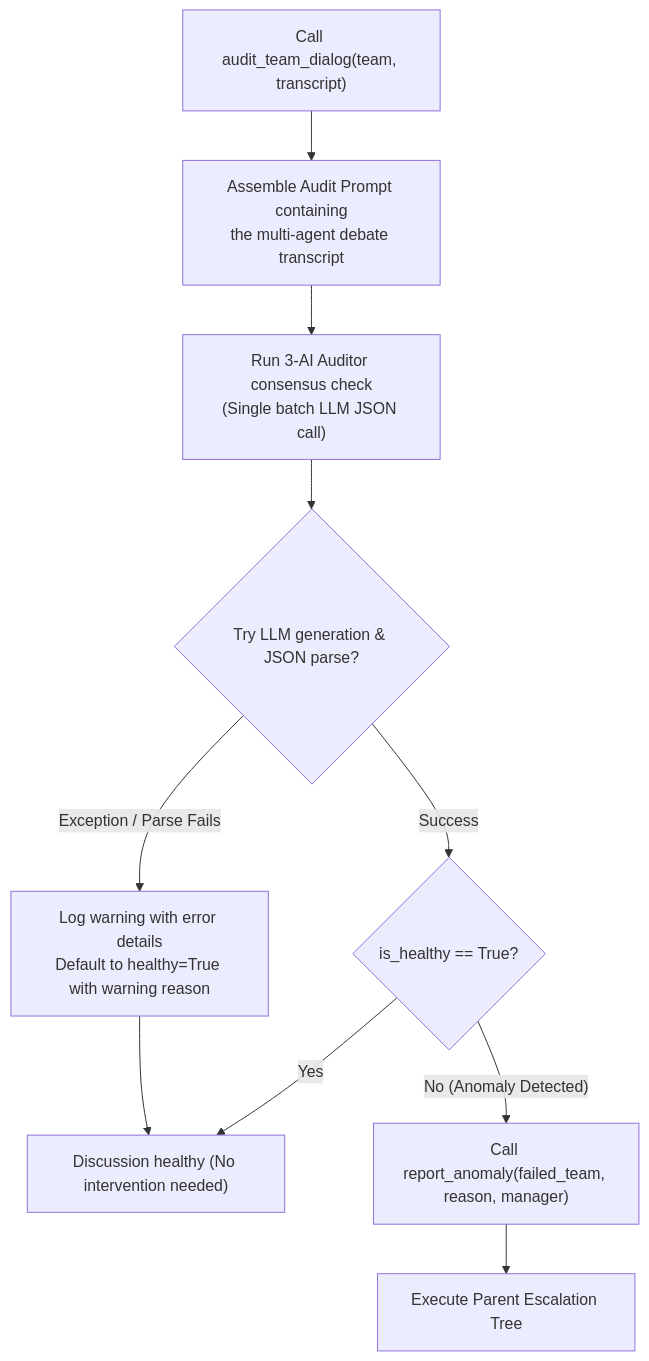
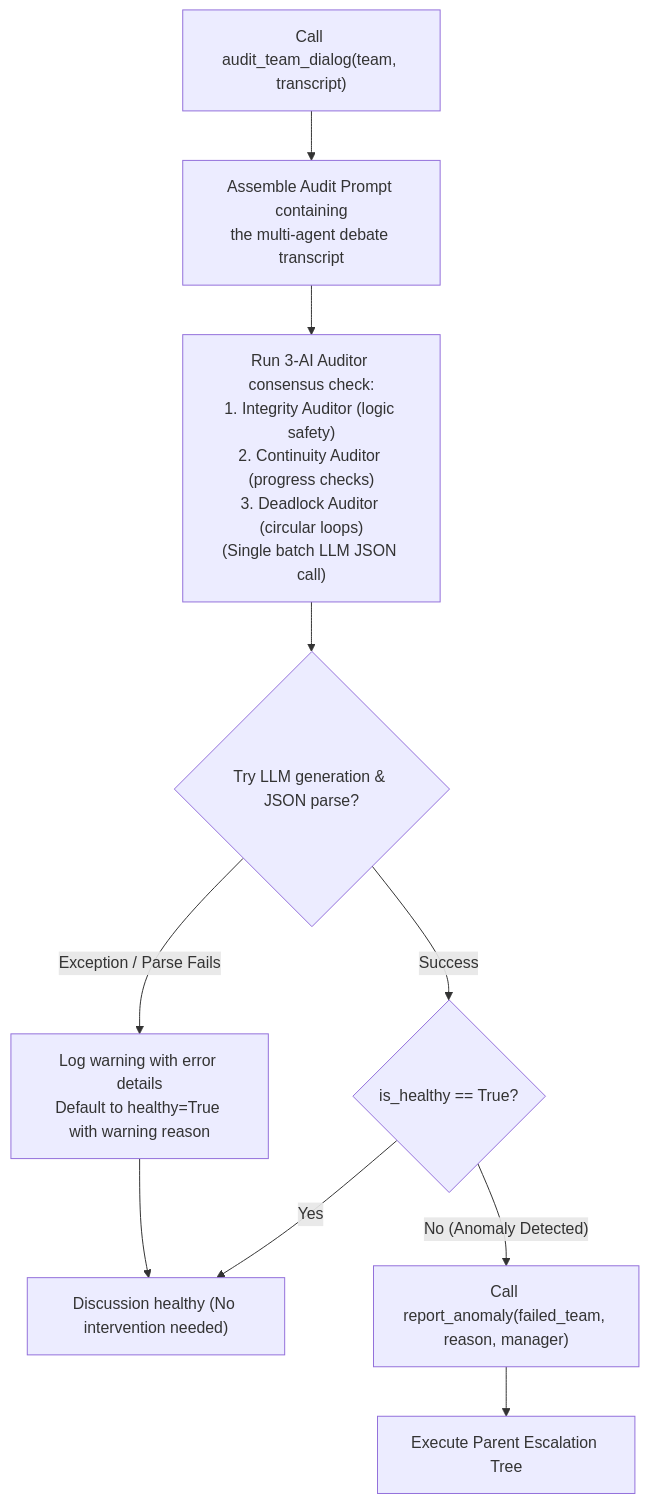
The first of 2 diagrams in docs/flowcharts/Supervisory_Team_Audit.md (AI-Team-Team/AI-Team-Team), drawn with Mermaid before and after one commit. The commit also changed other lines of this file and 23 other files, not shown here.

````diff
--- a/docs/flowcharts/Supervisory_Team_Audit.md
+++ b/docs/flowcharts/Supervisory_Team_Audit.md
@@ -9,17 +9,17 @@
 ```mermaid
 flowchart TD
     Start["Call audit_team_dialog(team, transcript)"] --> FormulatePrompt["Assemble Audit Prompt containing\nthe multi-agent debate transcript"]
     
-    FormulatePrompt --> BatchCall["Run 3-AI Auditor consensus check\n(Single batch LLM JSON call)"]
+    FormulatePrompt --> BatchCall["Run 3-AI Auditor consensus check:\n1. Integrity Auditor (logic safety)\n2. Continuity Auditor (progress checks)\n3. Deadlock Auditor (circular loops)\n(Single batch LLM JSON call)"]
     
     BatchCall --> TryBlock{"Try LLM generation & JSON parse?"}
     
     TryBlock -- "Exception / Parse Fails" --> FallbackHealthy["Log warning with error details\nDefault to healthy=True with warning reason"]
     TryBlock -- "Success" --> HealthGate{"is_healthy == True?"}
     
     HealthGate -- "Yes" --> End["Discussion healthy (No intervention needed)"]
     FallbackHealthy --> End
     
     HealthGate -- "No (Anomaly Detected)" --> TriggerEscalation["Call report_anomaly(failed_team, reason, manager)"]
     TriggerEscalation --> EscalationFlow["Execute Parent Escalation Tree"]
 ```
````
